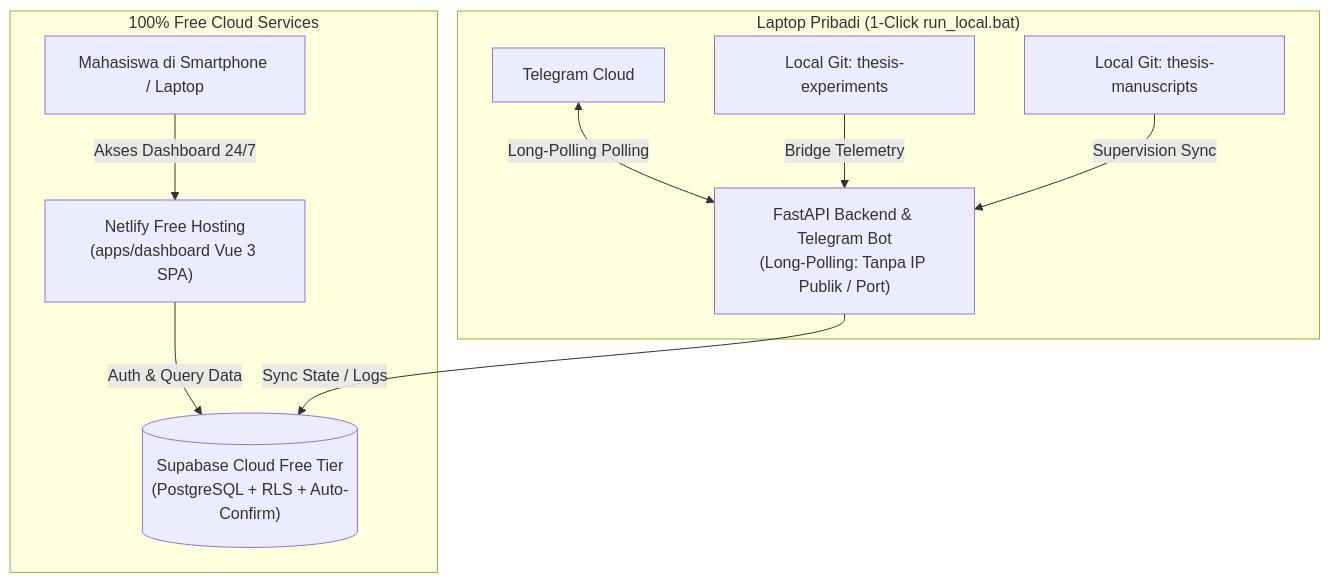
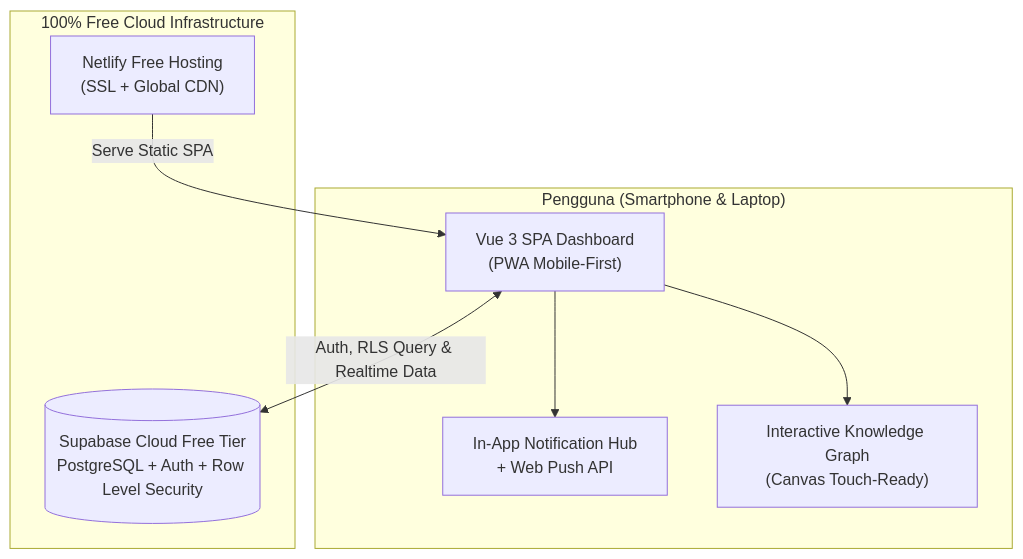
One commit to fransalwan/second-brain-agent changed the diagram in README.md. Above: the diagram before and after it, drawn with Mermaid. The commit also changed other lines of this file, not shown here.

Commit message:
docs: update README to reflect standalone dashboard, in-app notification center, and web push

````diff
--- a/README.md
+++ b/README.md
@@ -45,14 +74,18 @@
 ```mermaid
 flowchart TD
-    subgraph Cloud_Free ["100% Free Cloud Services"]
-        N["Netlify Free Hosting<br/>(apps/dashboard Vue 3 SPA)"] -->|Auth & Query Data| S[("Supabase Cloud Free Tier<br/>(PostgreSQL + RLS + Auto-Confirm)")]
-        User["Mahasiswa di Smartphone / Laptop"] -->|Akses Dashboard 24/7| N
+    subgraph Client ["Pengguna (Smartphone & Laptop)"]
+        UI["Vue 3 SPA Dashboard<br/>(PWA Mobile-First)"]
+        NOTIF["In-App Notification Hub<br/>+ Web Push API"]
+        GRAPH["Interactive Knowledge Graph<br/>(Canvas Touch-Ready)"]
     end
 
-    subgraph Local_Device ["Laptop Pribadi (1-Click run_local.bat)"]
-        B["FastAPI Backend & Telegram Bot<br/>(Long-Polling: Tanpa IP Publik / Port)"] -->|Sync State / Logs| S
-        TG["Telegram Cloud"] <-->|Long-Polling Polling| B
-        EXP["Local Git: thesis-experiments"] -->|Bridge Telemetry| B
-        MAN["Local Git: thesis-manuscripts"] -->|Supervision Sync| B
+    subgraph Cloud ["100% Free Cloud Infrastructure"]
+        NETLIFY["Netlify Free Hosting<br/>(SSL + Global CDN)"]
+        SUPABASE[("Supabase Cloud Free Tier<br/>PostgreSQL + Auth + Row Level Security")]
     end
+
+    NETLIFY -->|Serve Static SPA| UI
+    UI <-->|Auth, RLS Query & Realtime Data| SUPABASE
+    UI --> NOTIF
+    UI --> GRAPH
 ```
````
